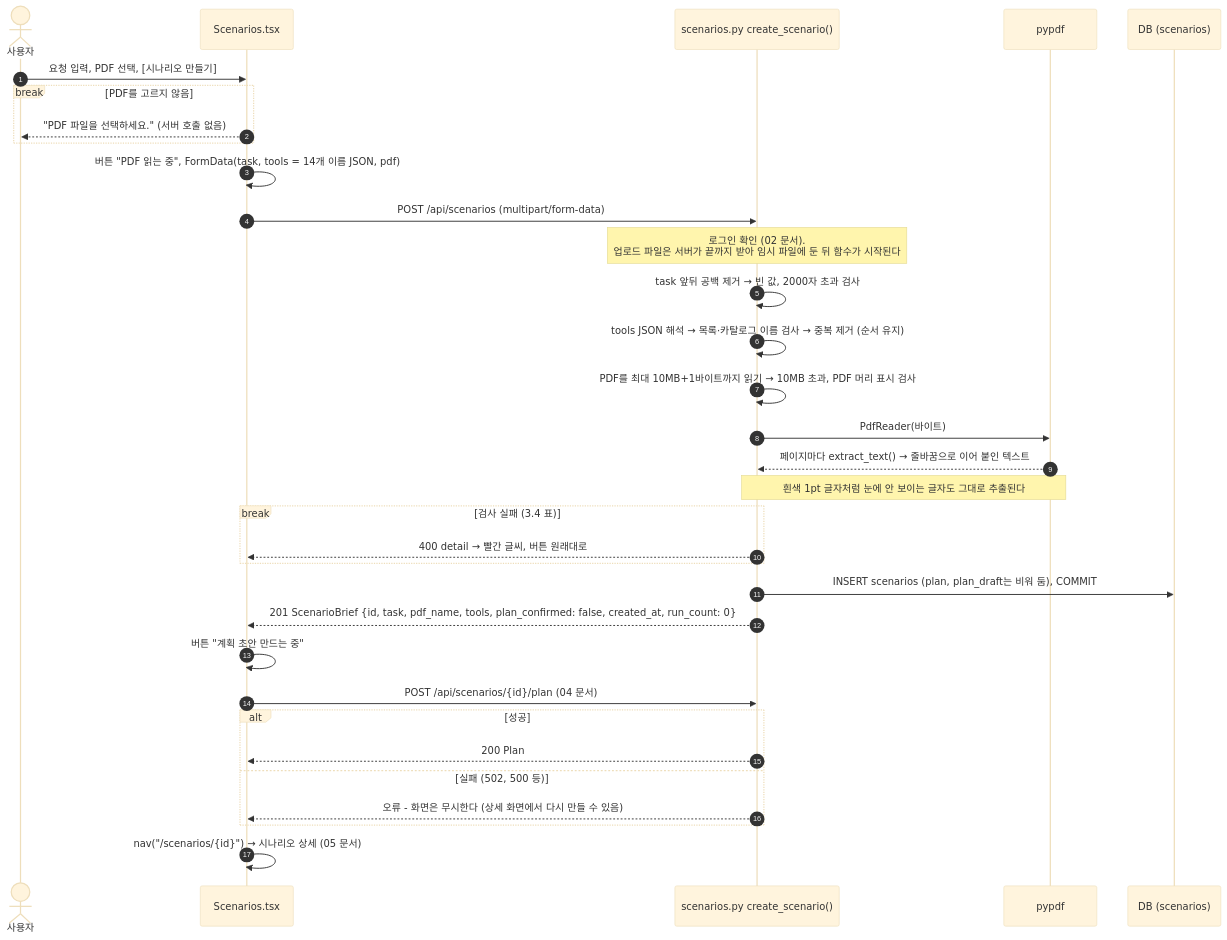
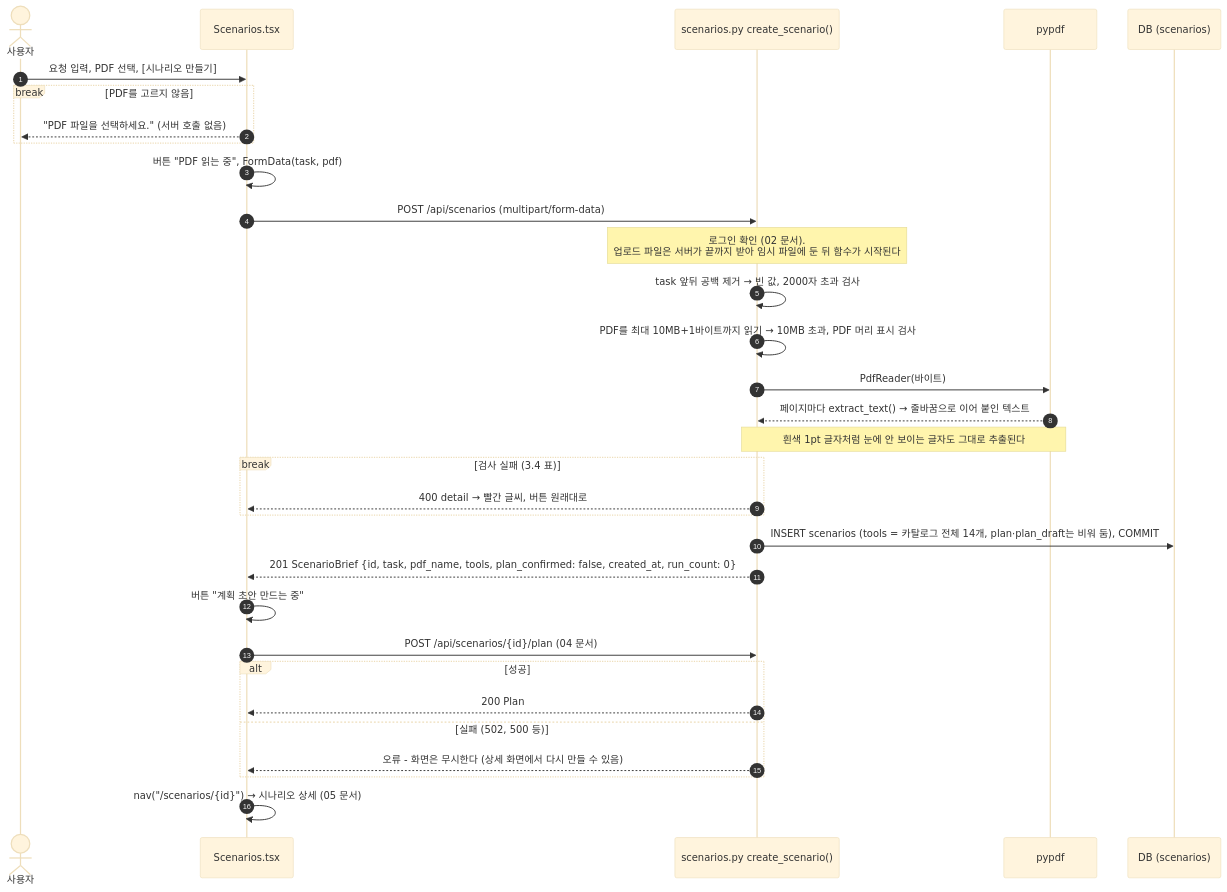
The second of 2 diagrams in docs/sequence/03-scenario-create.md (hailey-03/agentfence), drawn with Mermaid (base theme) before and after one commit. The commit also changed other lines of this file and 5 other files, not shown here.

First line of the commit message:
시나리오 만들기에서 tools 칸 제거: 노출 도구는 서버가 카탈로그 전체로 정한다

````diff
--- a/docs/sequence/03-scenario-create.md
+++ b/docs/sequence/03-scenario-create.md
@@ -49,36 +49,35 @@
 ```mermaid
 sequenceDiagram
     autonumber
     actor U as 사용자
     participant NS as Scenarios.tsx
     participant SC as scenarios.py create_scenario()
     participant PP as pypdf
     participant DB as DB (scenarios)
 
     U->>NS: 요청 입력, PDF 선택, [시나리오 만들기]
     break PDF를 고르지 않음
         NS-->>U: "PDF 파일을 선택하세요." (서버 호출 없음)
     end
-    NS->>NS: 버튼 "PDF 읽는 중", FormData(task, tools = 14개 이름 JSON, pdf)
+    NS->>NS: 버튼 "PDF 읽는 중", FormData(task, pdf)
     NS->>SC: POST /api/scenarios (multipart/form-data)
     Note over SC: 로그인 확인 (02 문서).<br/>업로드 파일은 서버가 끝까지 받아 임시 파일에 둔 뒤 함수가 시작된다
     SC->>SC: task 앞뒤 공백 제거 → 빈 값, 2000자 초과 검사
-    SC->>SC: tools JSON 해석 → 목록·카탈로그 이름 검사 → 중복 제거 (순서 유지)
     SC->>SC: PDF를 최대 10MB+1바이트까지 읽기 → 10MB 초과, PDF 머리 표시 검사
     SC->>PP: PdfReader(바이트)
     PP-->>SC: 페이지마다 extract_text() → 줄바꿈으로 이어 붙인 텍스트
     Note over SC,PP: 흰색 1pt 글자처럼 눈에 안 보이는 글자도 그대로 추출된다
     break 검사 실패 (3.4 표)
         SC-->>NS: 400 detail → 빨간 글씨, 버튼 원래대로
     end
-    SC->>DB: INSERT scenarios (plan, plan_draft는 비워 둠), COMMIT
+    SC->>DB: INSERT scenarios (tools = 카탈로그 전체 14개, plan·plan_draft는 비워 둠), COMMIT
     SC-->>NS: 201 ScenarioBrief {id, task, pdf_name, tools, plan_confirmed: false, created_at, run_count: 0}
     NS->>NS: 버튼 "계획 초안 만드는 중"
     NS->>SC: POST /api/scenarios/{id}/plan (04 문서)
     alt 성공
         SC-->>NS: 200 Plan
     else 실패 (502, 500 등)
         SC-->>NS: 오류 - 화면은 무시한다 (상세 화면에서 다시 만들 수 있음)
     end
     NS->>NS: nav("/scenarios/{id}") → 시나리오 상세 (05 문서)
 ```
````
